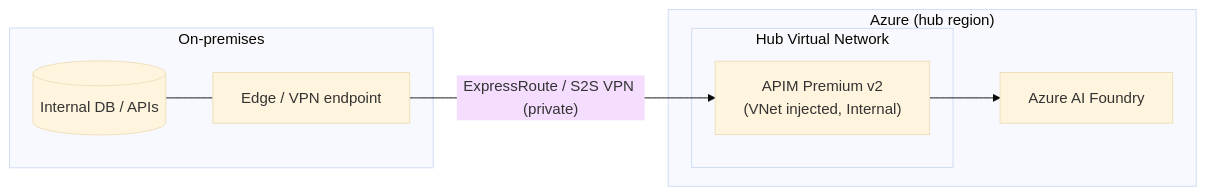
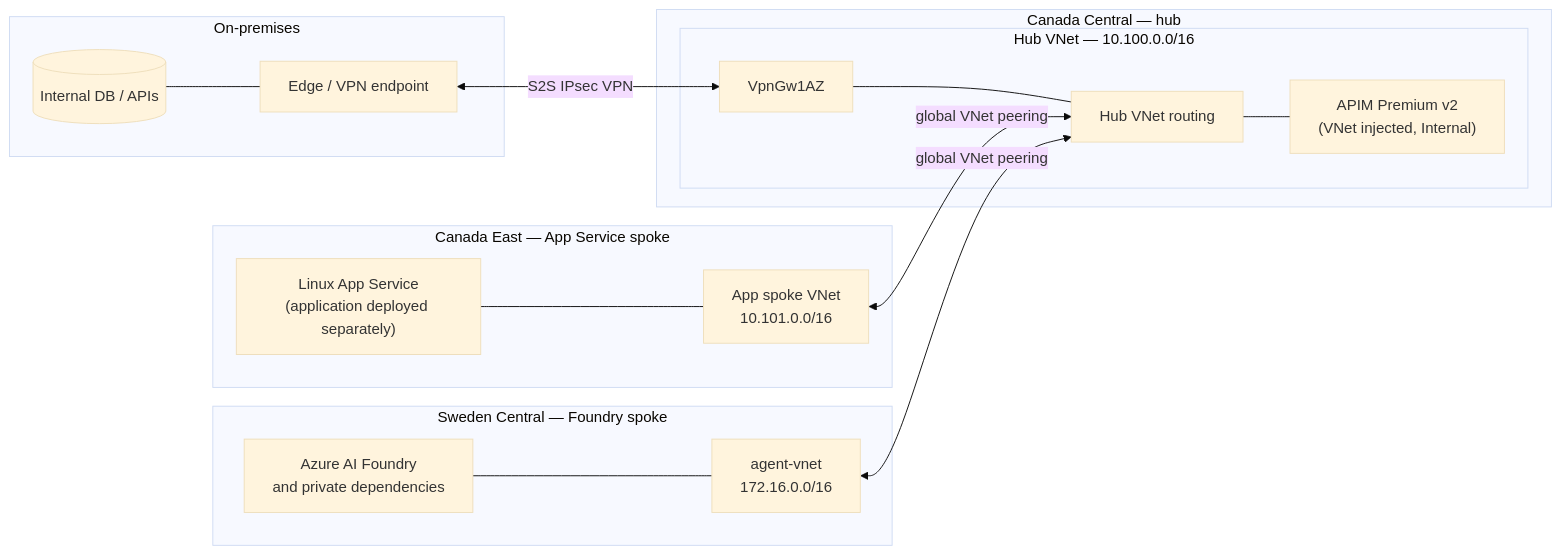
The second of 6 diagrams in README.md (drewelewis/ai-hybrid-data-sources), drawn with Mermaid (base theme) before and after one commit. The commit also changed other lines of this file and 48 other files, not shown here.

````diff
--- a/README.md
+++ b/README.md
@@ -165,18 +176,34 @@
 ```mermaid
 flowchart LR
     subgraph OnPrem["On-premises"]
         DB[(Internal DB / APIs)]
         Edge["Edge / VPN endpoint"]
         DB --- Edge
     end
 
-    subgraph Azure["Azure (hub region)"]
-        subgraph Hub["Hub Virtual Network"]
+    subgraph CanadaCentral["Canada Central — hub"]
+        subgraph Hub["Hub VNet — 10.100.0.0/16"]
+            VPN["VpnGw1AZ"]
+            HubFabric["Hub VNet routing"]
             APIM["APIM Premium v2<br/>(VNet injected, Internal)"]
+            VPN --- HubFabric
+            HubFabric --- APIM
         end
-        Foundry["Azure AI Foundry"]
-        APIM --> Foundry
     end
 
-    Edge -- "ExpressRoute / S2S VPN (private)" --> APIM
+    subgraph CanadaEast["Canada East — App Service spoke"]
+        AppVNet["App spoke VNet<br/>10.101.0.0/16"]
+        App["Linux App Service<br/>(application deployed separately)"]
+        App --- AppVNet
+    end
+
+    subgraph SwedenCentral["Sweden Central — Foundry spoke"]
+        FoundryVNet["agent-vnet<br/>172.16.0.0/16"]
+        Foundry["Azure AI Foundry<br/>and private dependencies"]
+        Foundry --- FoundryVNet
+    end
+
+    Edge <-->|"S2S IPsec VPN"| VPN
+    AppVNet <-->|"global VNet peering"| HubFabric
+    FoundryVNet <-->|"global VNet peering"| HubFabric
 ```
````
